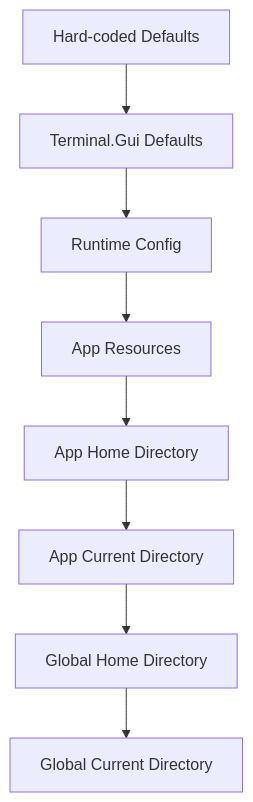
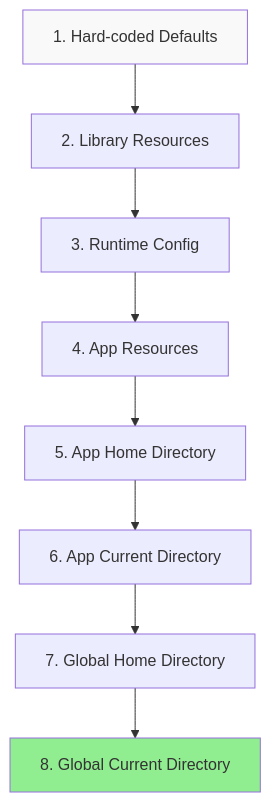
Before and after one commit to gui-cs/Terminal.Gui: the diagram in docfx/docs/config.md, drawn with Mermaid. The commit also changed other lines of this file, not shown here.

````diff
--- a/docfx/docs/config.md
+++ b/docfx/docs/config.md
@@ -79,10 +169,13 @@
 ```mermaid
 graph TD
-    A[Hard-coded Defaults] --> B[Terminal.Gui Defaults]
-    B --> C[Runtime Config]
-    C --> D[App Resources]
-    D --> E[App Home Directory]
-    E --> F[App Current Directory]
-    F --> G[Global Home Directory]
-    G --> H[Global Current Directory]
+    A[1. Hard-coded Defaults] --> B[2. Library Resources]
+    B --> C[3. Runtime Config]
+    C --> D[4. App Resources]
+    D --> E[5. App Home Directory]
+    E --> F[6. App Current Directory]
+    F --> G[7. Global Home Directory]
+    G --> H[8. Global Current Directory]
+    
+    style A fill:#f9f9f9
+    style H fill:#90EE90
 ```
````
